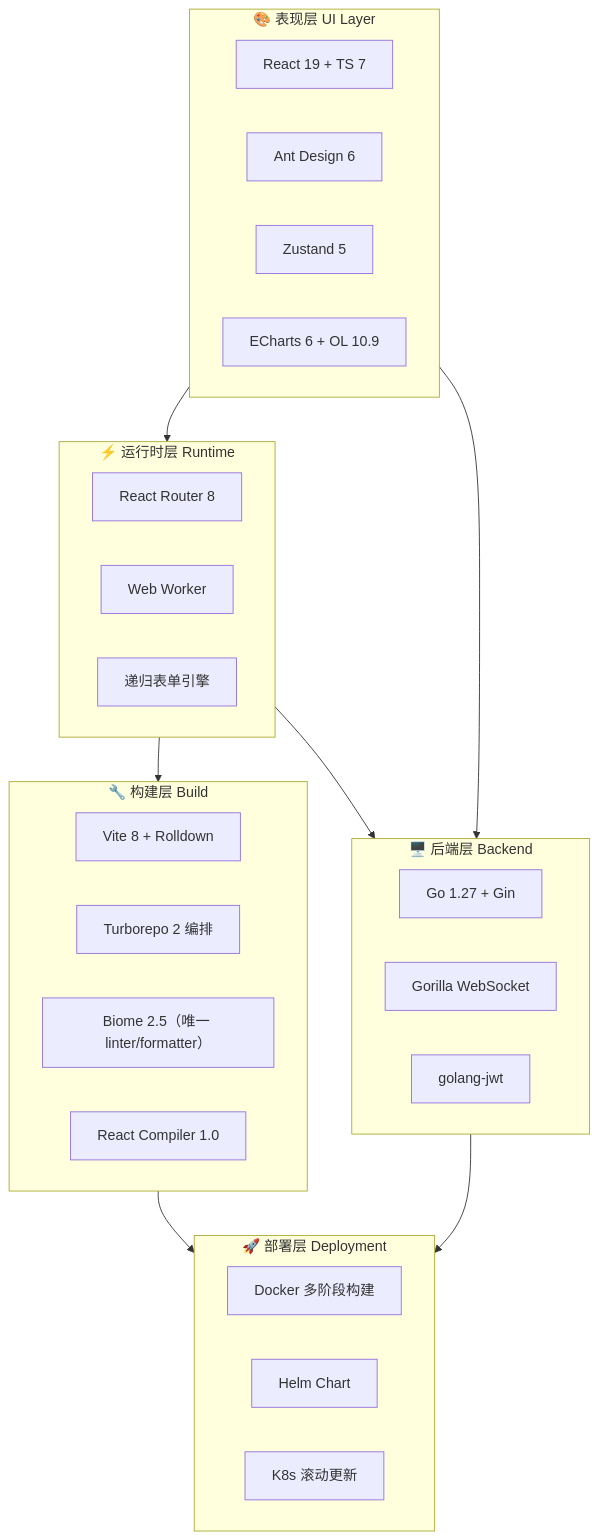
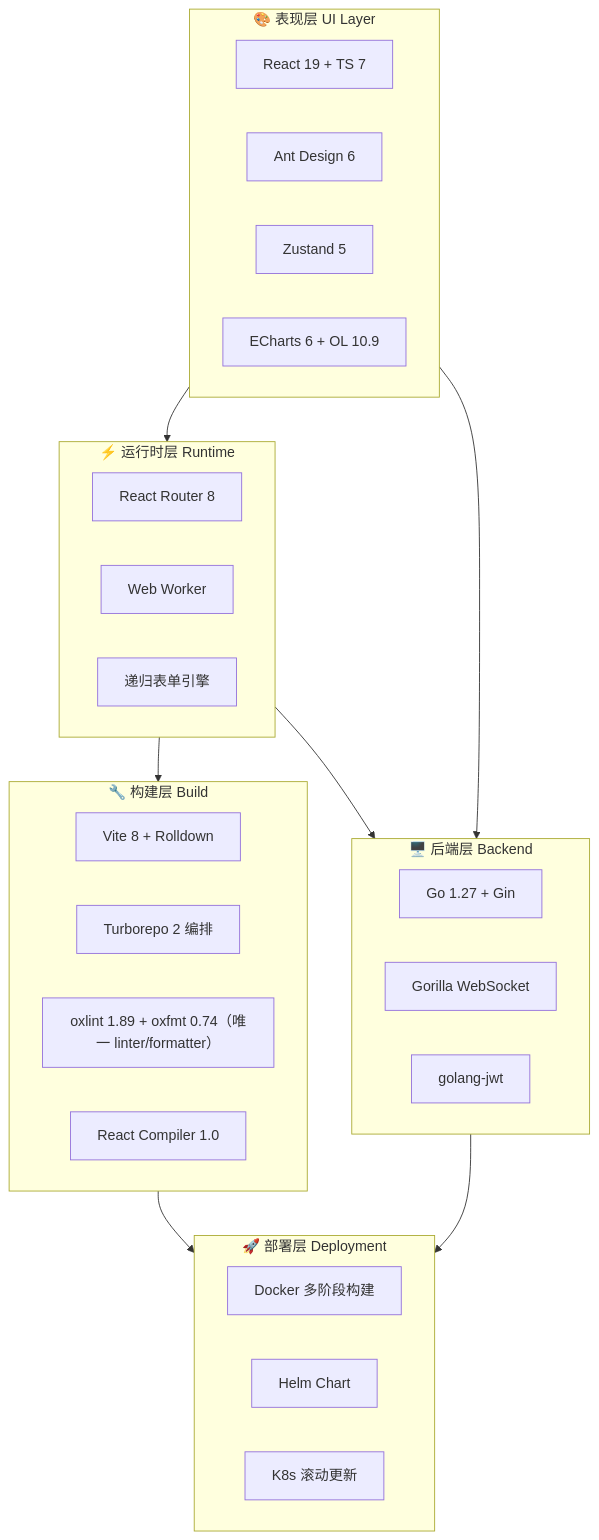
The second of 49 diagrams in docs/S4-面试冲刺/00-面试技术亮点汇总.md (KMaybe01/interview-demo), drawn with Mermaid before and after one commit. The commit also changed other lines of this file and 43 other files, not shown here.

First line of the commit message:
build(tooling): 用 oxlint + oxfmt 替换 Biome

````diff
--- a/docs/S4-面试冲刺/00-面试技术亮点汇总.md
+++ b/docs/S4-面试冲刺/00-面试技术亮点汇总.md
@@ -78,40 +78,40 @@
 ```mermaid
 graph TB
     subgraph UI["🎨 表现层 UI Layer"]
         React["React 19 + TS 7"]
         Antd["Ant Design 6"]
         Zustand["Zustand 5"]
         Charts["ECharts 6 + OL 10.9"]
     end
 
     subgraph Runtime["⚡ 运行时层 Runtime"]
         Router["React Router 8"]
         Worker["Web Worker"]
         Form["递归表单引擎"]
     end
 
     subgraph Build["🔧 构建层 Build"]
         Vite["Vite 8 + Rolldown"]
         Turbo["Turborepo 2 编排"]
-        Biome["Biome 2.5（唯一 linter/formatter）"]
+        Oxc["oxlint 1.89 + oxfmt 0.74（唯一 linter/formatter）"]
         Babel["React Compiler 1.0"]
     end
 
     subgraph Backend["🖥️ 后端层 Backend"]
         Go["Go 1.27 + Gin"]
         WS["Gorilla WebSocket"]
         JWT["golang-jwt"]
     end
 
     subgraph Deploy["🚀 部署层 Deployment"]
         Docker["Docker 多阶段构建"]
         Helm["Helm Chart"]
         K8s["K8s 滚动更新"]
     end
 
     UI --> Runtime --> Build
     UI --> Backend
     Runtime --> Backend
     Build --> Deploy
     Backend --> Deploy
 ```
````
